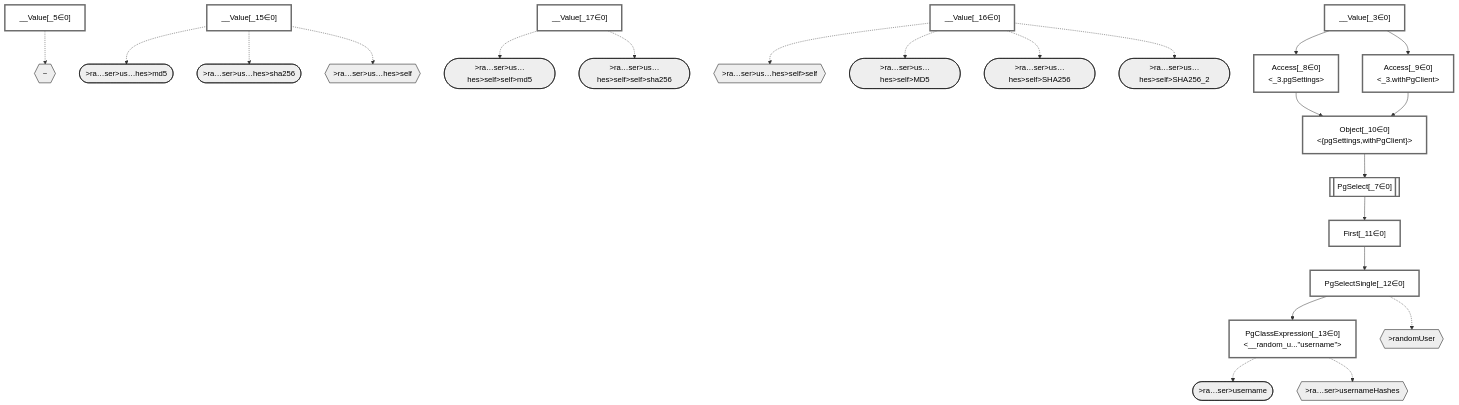
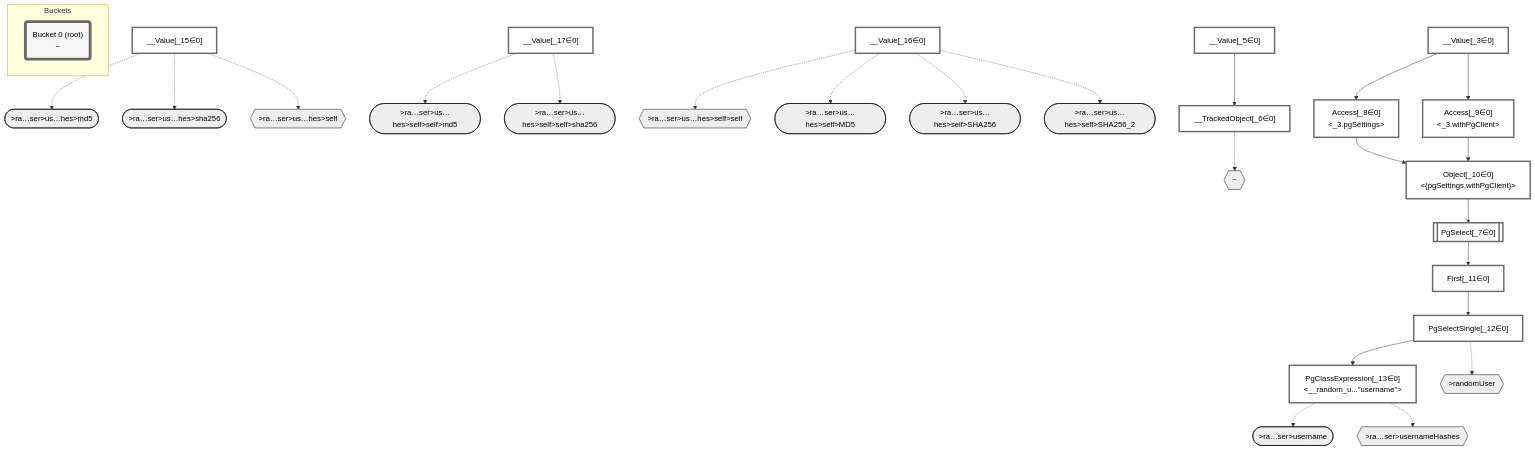
The diagram in packages/dataplan-pg/__tests__/queries/resolvers/basics-object-recursive.mermaid.md (graphile/crystal), drawn with Mermaid before and after one commit. The commit also changed 195 other files, not shown here.

````diff
--- a/packages/dataplan-pg/__tests__/queries/resolvers/basics-object-recursive.mermaid.md
+++ b/packages/dataplan-pg/__tests__/queries/resolvers/basics-object-recursive.mermaid.md
@@ -4,6 +4,7 @@
     classDef plan fill:#fff,stroke-width:3px,color:#000
     classDef itemplan fill:#fff,stroke-width:6px,color:#000
     classDef sideeffectplan fill:#f00,stroke-width:6px,color:#000
+    classDef bucket fill:#f6f6f6,color:#000,stroke-width:6px
 
     %% subgraph fields
     P1{{"~"}}:::path
@@ -36,6 +37,7 @@
     %% define plans
     __Value_3["__Value[_3∈0]<br /><context>"]:::plan
     __Value_5["__Value[_5∈0]<br /><rootValue>"]:::plan
+    __TrackedObject_6["__TrackedObject[_6∈0]"]:::plan
     PgSelect_7[["PgSelect[_7∈0]<br /><random_user>"]]:::plan
     Access_8["Access[_8∈0]<br /><_3.pgSettings>"]:::plan
     Access_9["Access[_9∈0]<br /><_3.withPgClient>"]:::plan
@@ -48,6 +50,7 @@
     __Value_17["__Value[_17∈0]"]:::plan
 
     %% plan dependencies
+    __Value_5 --> __TrackedObject_6
     Object_10 --> PgSelect_7
     __Value_3 --> Access_8
     __Value_3 --> Access_9
@@ -58,7 +61,7 @@
     PgSelectSingle_12 --> PgClassExpression_13
 
     %% plan-to-path relationships
-    __Value_5 -.-> P1
+    __TrackedObject_6 -.-> P1
     PgSelectSingle_12 -.-> P2
     PgClassExpression_13 -.-> P3
     PgClassExpression_13 -.-> P4
@@ -74,5 +77,10 @@
 
     %% allocate buckets
     classDef bucket0 stroke:#696969
-    class __Value_3,__Value_5,PgSelect_7,Access_8,Access_9,Object_10,First_11,PgSelectSingle_12,PgClassExpression_13,__Value_15,__Value_16,__Value_17 bucket0
+    class __Value_3,__Value_5,__TrackedObject_6,PgSelect_7,Access_8,Access_9,Object_10,First_11,PgSelectSingle_12,PgClassExpression_13,__Value_15,__Value_16,__Value_17 bucket0
+
+    subgraph Buckets
+    Bucket0("Bucket 0 (root)<br />~"):::bucket
+    style Bucket0 stroke:#696969
+    end
 ```
````
